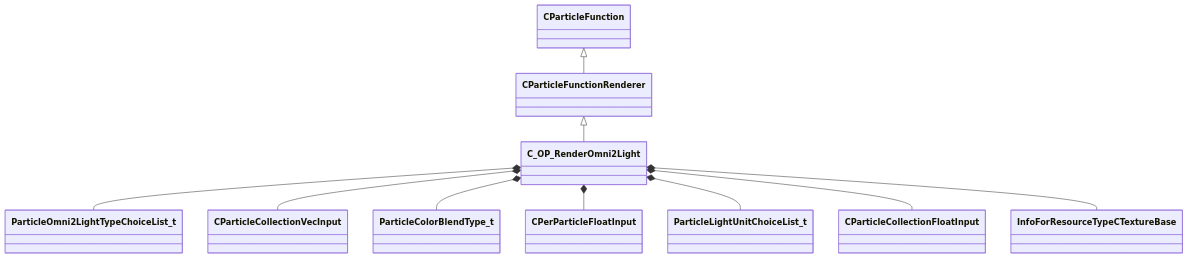
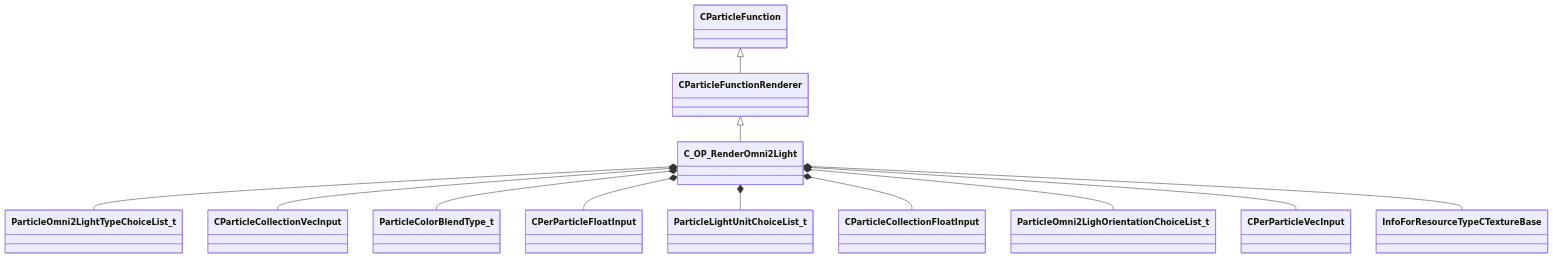
One commit to CS2OpenDev/CS2OpenDev-Docs changed the diagram in docs/generated/schemas/particles/C_OP_RenderOmni2Light.md. Above: the diagram before and after it, drawn with Mermaid. The commit also changed other lines of this file and 4654 other files, not shown here.

Commit message:
docs: regenerate for SchemaTracker build 25947352 [skip ci]

````diff
--- a/docs/generated/schemas/particles/C_OP_RenderOmni2Light.md
+++ b/docs/generated/schemas/particles/C_OP_RenderOmni2Light.md
@@ -19,12 +19,14 @@
 ```mermaid
 classDiagram
     CParticleFunctionRenderer <|-- C_OP_RenderOmni2Light
     CParticleFunction <|-- CParticleFunctionRenderer
     C_OP_RenderOmni2Light *-- ParticleOmni2LightTypeChoiceList_t
     C_OP_RenderOmni2Light *-- CParticleCollectionVecInput
     C_OP_RenderOmni2Light *-- ParticleColorBlendType_t
     C_OP_RenderOmni2Light *-- CPerParticleFloatInput
     C_OP_RenderOmni2Light *-- ParticleLightUnitChoiceList_t
     C_OP_RenderOmni2Light *-- CParticleCollectionFloatInput
+    C_OP_RenderOmni2Light *-- ParticleOmni2LighOrientationChoiceList_t
+    C_OP_RenderOmni2Light *-- CPerParticleVecInput
     C_OP_RenderOmni2Light *-- InfoForResourceTypeCTextureBase
 ```
````
